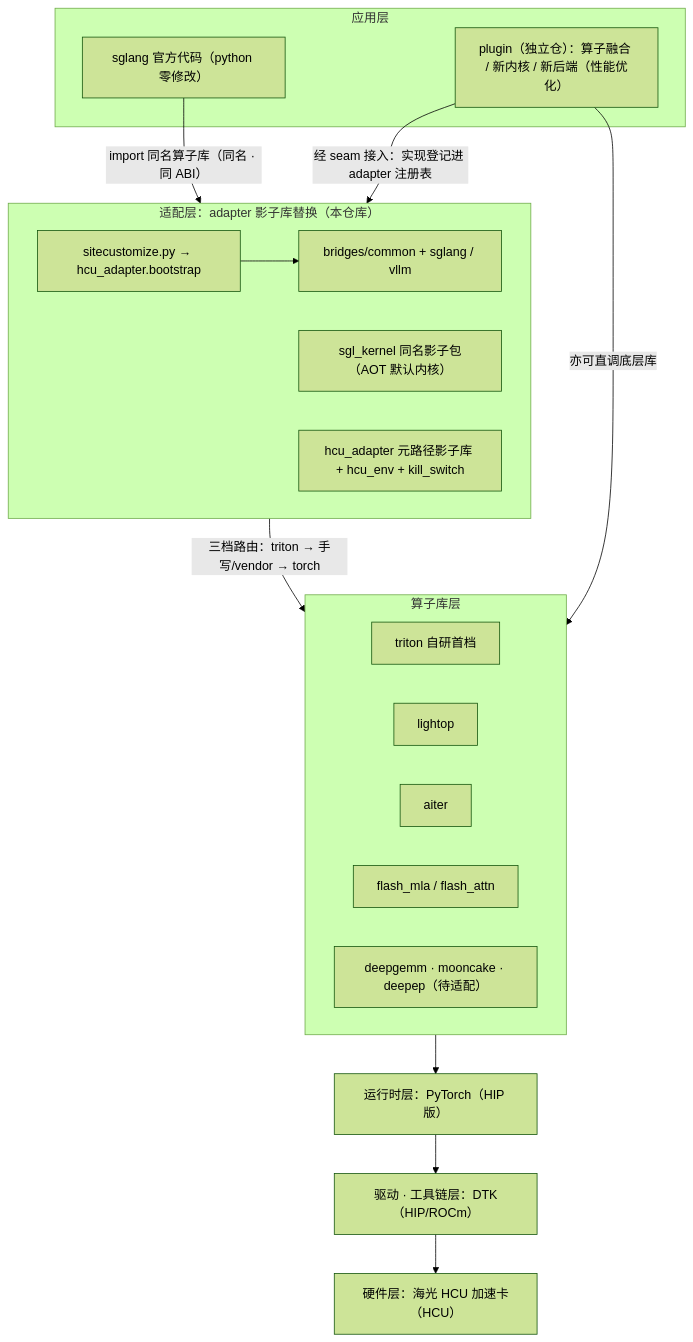
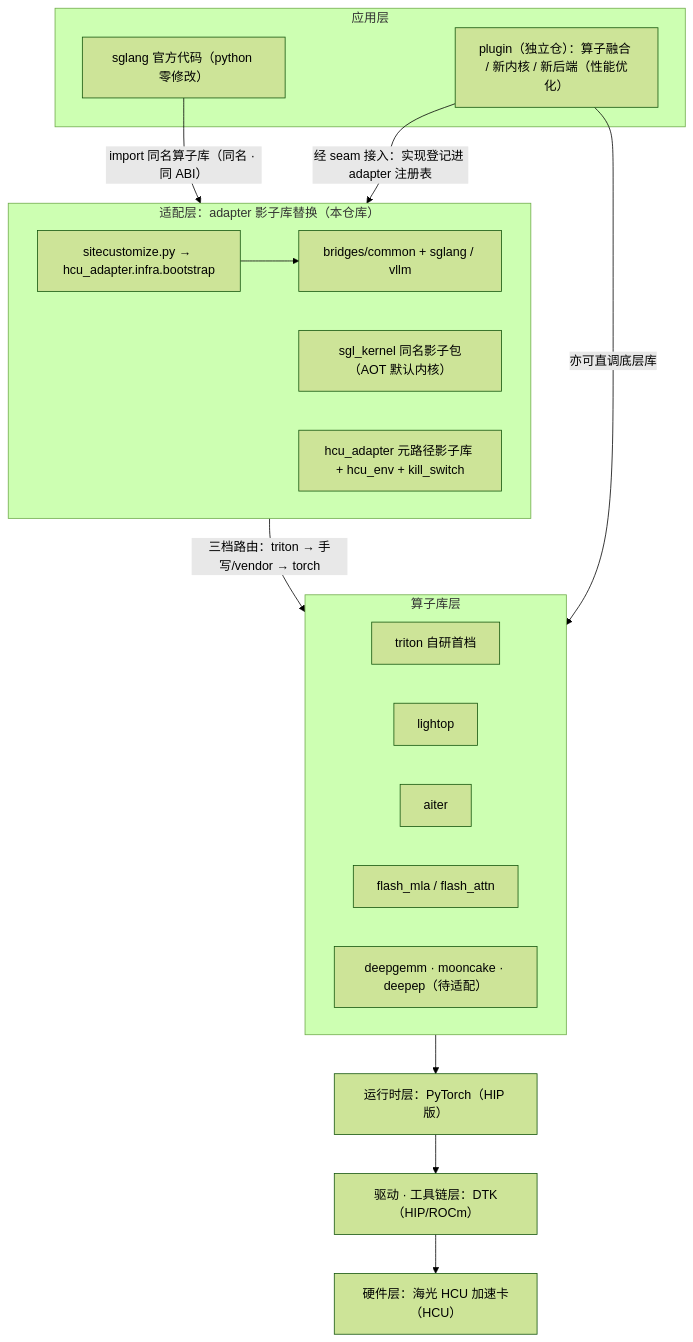
Before and after one commit to 463975089/adapter-das: the first of 3 diagrams in docs/architecture.md, drawn with Mermaid (forest theme). The commit also changed other lines of this file and 482 other files, not shown here.

First line of the commit message:
refactor(layout): hcu_adapter 目录治理 + AOT 原生 tier + 零回退 W1-W5 + CI 收口（统一 #142/#145） (#152)

````diff
--- a/docs/architecture.md
+++ b/docs/architecture.md
@@ -87,28 +87,28 @@
 ```mermaid
 flowchart TB
     subgraph APP["应用层"]
         SGLANG["sglang 官方代码（python 零修改）"]
         PLUGIN["plugin（独立仓）：算子融合 / 新内核 / 新后端（性能优化）"]
     end
     subgraph ADPT["适配层：adapter 影子库替换（本仓库）"]
-        SC["sitecustomize.py → hcu_adapter.bootstrap"]
+        SC["sitecustomize.py → hcu_adapter.infra.bootstrap"]
         HOST["bridges/common + sglang / vllm"]
         SK["sgl_kernel 同名影子包（AOT 默认内核）"]
         STUB["hcu_adapter 元路径影子库 + hcu_env + kill_switch"]
     end
     SC --> HOST
     subgraph OPS["算子库层"]
         TRITON["triton 自研首档"]
         LIGHTOP["lightop"]
         AITER["aiter"]
         FA["flash_mla / flash_attn"]
         TODO["deepgemm · mooncake · deepep（待适配）"]
     end
     SGLANG -->|"import 同名算子库（同名 · 同 ABI）"| ADPT
     PLUGIN -->|"经 seam 接入：实现登记进 adapter 注册表"| ADPT
     PLUGIN -->|"亦可直调底层库"| OPS
     ADPT -->|"三档路由：triton → 手写/vendor → torch"| OPS
     OPS --> TORCH["运行时层：PyTorch（HIP 版）"]
     TORCH --> DTK["驱动 · 工具链层：DTK（HIP/ROCm）"]
     DTK --> HW["硬件层：海光 HCU 加速卡（HCU）"]
 ```
````
